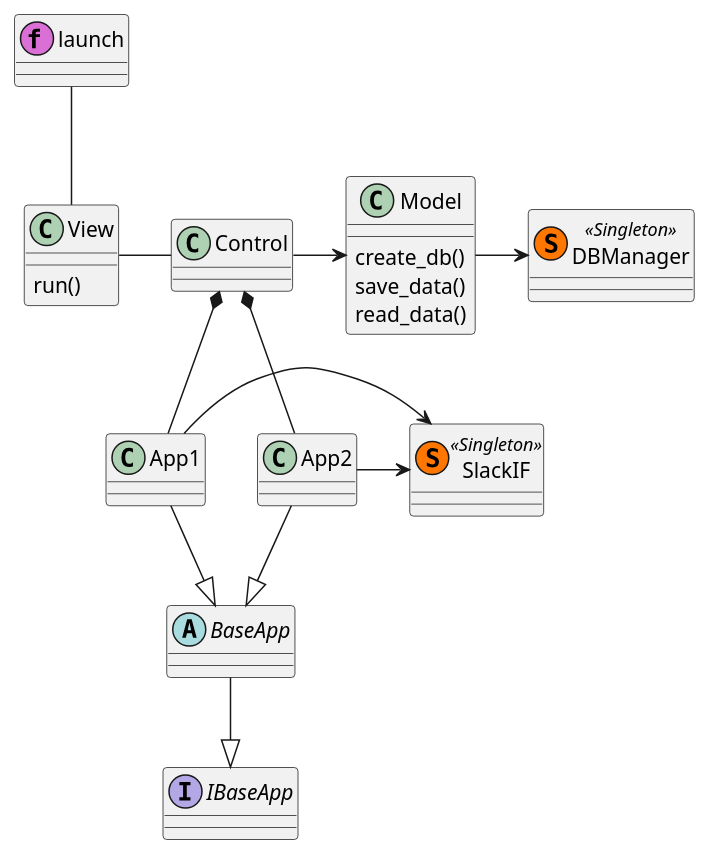
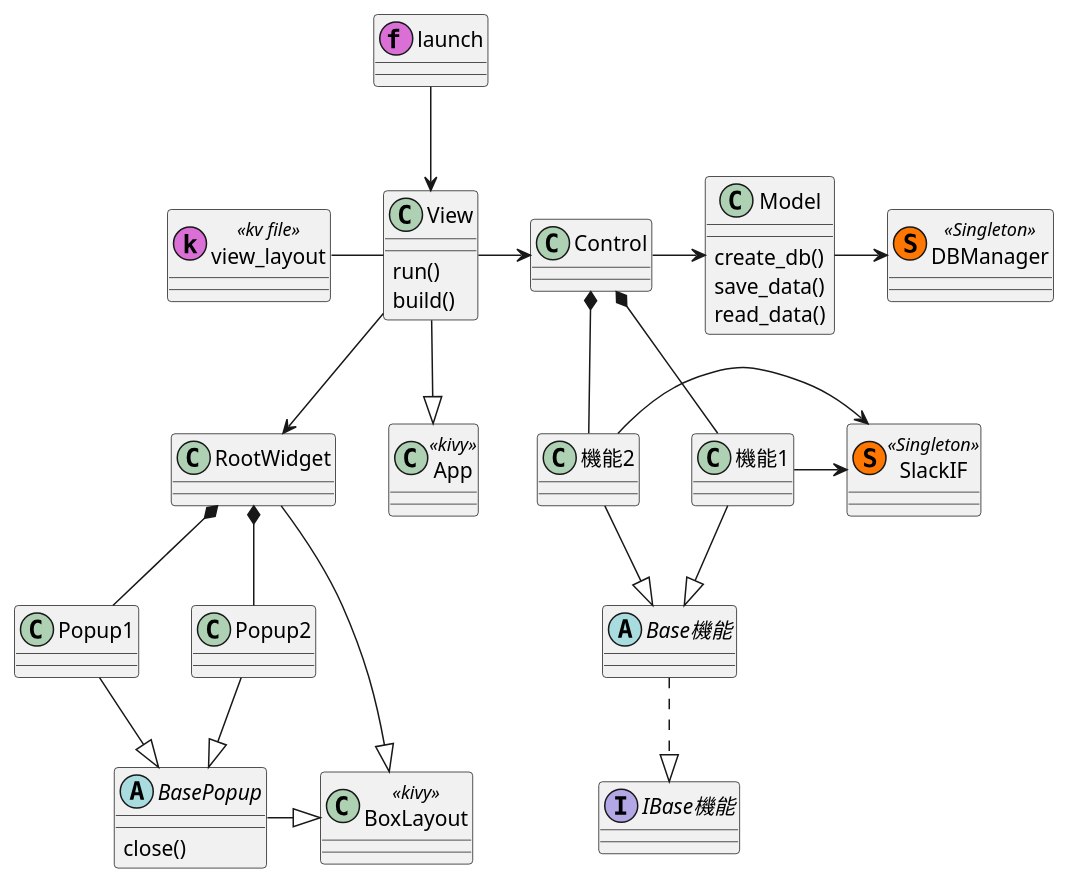
One commit to alphacma146/SlackApp_conversationWatcher changed the diagram in Document/基本設計/基本設計書.md. Above: the diagram before and after it, drawn with PlantUML. The commit also changed other lines of this file and 5 other files, not shown here.

````diff
--- a/Document/基本設計/基本設計書.md
+++ b/Document/基本設計/基本設計書.md
@@ -19,35 +19,52 @@
 ```plantuml
 @startuml
 
 class launch <<(f,orchid)>>
+class App <<kivy>>
 class View {
     run()
+    build()
+}
+class view_layout <<(k,orchid)kv file>>
+class RootWidget {}
+class BoxLayout <<kivy>>
+abstract BasePopup {
+  close()
 }
 class Control {
 }
 class Model {
     create_db()
     save_data()
     read_data()
 }
 class DBManager <<(S,#FF7700) Singleton>>{
 }
 class SlackIF <<(S,#FF7700) Singleton>>{
 }
-abstract BaseApp
-interface IBaseApp
+abstract Base機能
+interface IBase機能
 
-launch -- View
-View - Control
+launch --> View
+View --|> App
+view_layout - View
+View -> Control
+View --> RootWidget
+RootWidget --|> BoxLayout
+RootWidget *-- Popup1
+RootWidget *-- Popup2
+Popup1 --|> BasePopup
+Popup2 --|> BasePopup
+BasePopup -|> BoxLayout
 Control -> Model
-Control *-- App1
-Control *-- App2
+Control *-- 機能1
+Control *-- 機能2
 Model -> DBManager
-App1 --|> BaseApp
-App2 --|> BaseApp
-App1 -> SlackIF
-App2 -> SlackIF
-BaseApp --|> IBaseApp
+機能1 --|> Base機能
+機能2 --|> Base機能
+機能1 -> SlackIF
+機能2 -> SlackIF
+Base機能 ..|> IBase機能
 
 @enduml
 ```
````
